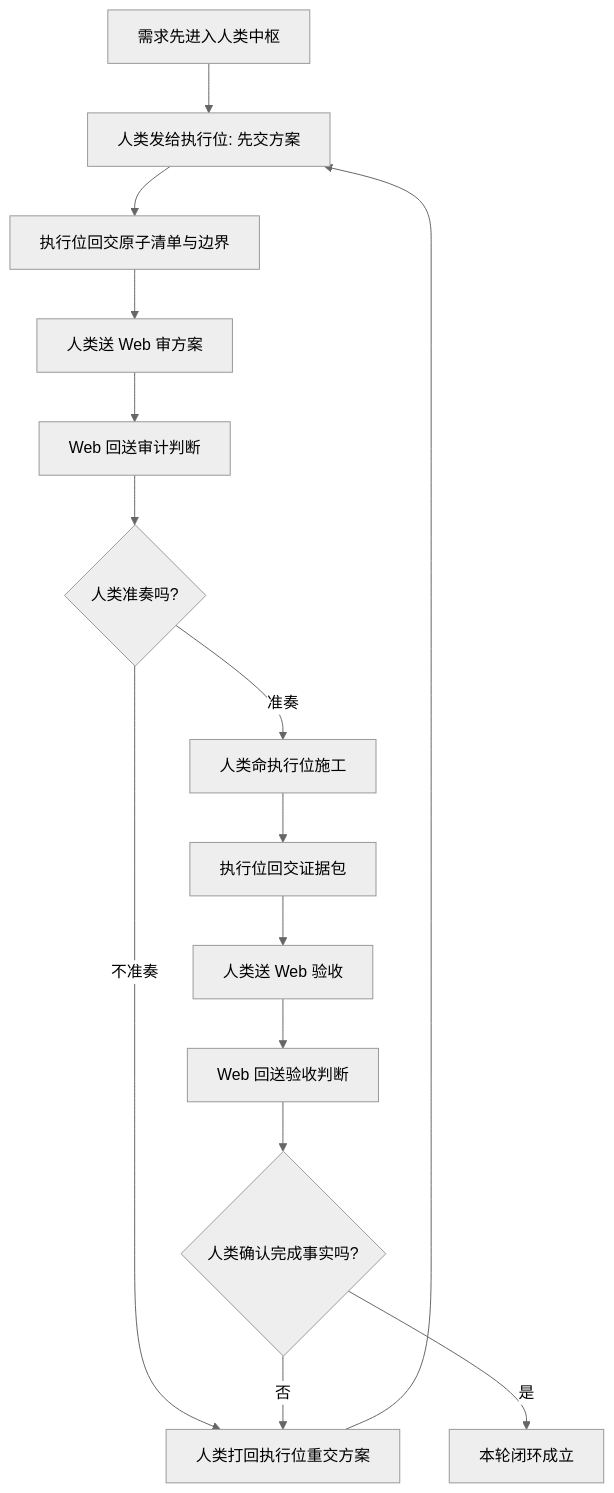
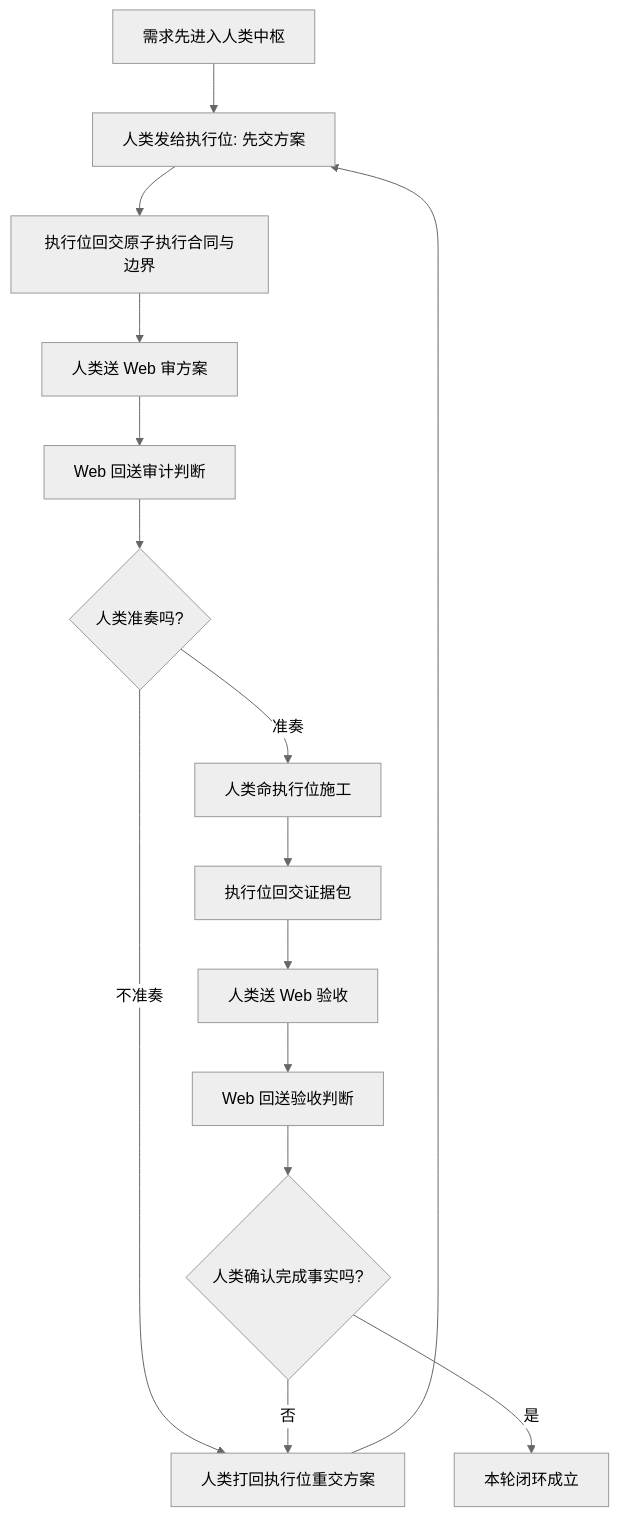
The diagram in wiki/00-开始这里与落地形态/复制即用提示词包.md (blackzhanzhan/Cyber-Ming-Protocol), drawn with Mermaid (neutral theme) before and after one commit. The commit also changed other lines of this file and 10 other files, not shown here.

````diff
--- a/wiki/00-开始这里与落地形态/复制即用提示词包.md
+++ b/wiki/00-开始这里与落地形态/复制即用提示词包.md
@@ -23,17 +23,17 @@
 ```mermaid
 flowchart TD
     A[需求先进入人类中枢] --> B[人类发给执行位: 先交方案]
-    B --> C[执行位回交原子清单与边界]
+    B --> C[执行位回交原子执行合同与边界]
     C --> D[人类送 Web 审方案]
     D --> E[Web 回送审计判断]
     E --> F{人类准奏吗?}
     F -- 不准奏 --> G[人类打回执行位重交方案]
     G --> B
     F -- 准奏 --> H[人类命执行位施工]
     H --> I[执行位回交证据包]
     I --> J[人类送 Web 验收]
     J --> K[Web 回送验收判断]
     K --> L{人类确认完成事实吗?}
     L -- 否 --> G
     L -- 是 --> M[本轮闭环成立]
 ```
````
